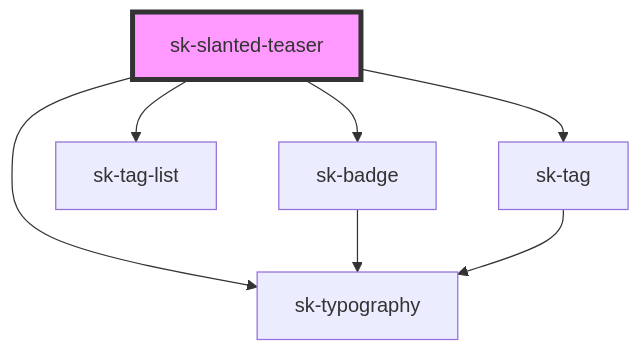
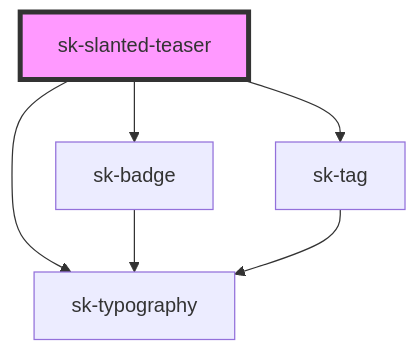
The diagram in stencil/src/components/slanted-teaser/readme.md (simonknittel/components), drawn with Mermaid before and after one commit. The commit also changed other lines of this file and 12 other files, not shown here.

Commit message:
Remove sk-tag-list; Mark sk-simple-teaser as depreacted; Fix spacing between tags for sk-simple-teaser and sk-slanted-teaser

````diff
--- a/stencil/src/components/slanted-teaser/readme.md
+++ b/stencil/src/components/slanted-teaser/readme.md
@@ -31,10 +30,9 @@
 ```mermaid
 graph TD;
   sk-slanted-teaser --> sk-typography
   sk-slanted-teaser --> sk-badge
-  sk-slanted-teaser --> sk-tag-list
   sk-slanted-teaser --> sk-tag
   sk-badge --> sk-typography
   sk-tag --> sk-typography
   style sk-slanted-teaser fill:#f9f,stroke:#333,stroke-width:4px
 ```
````
